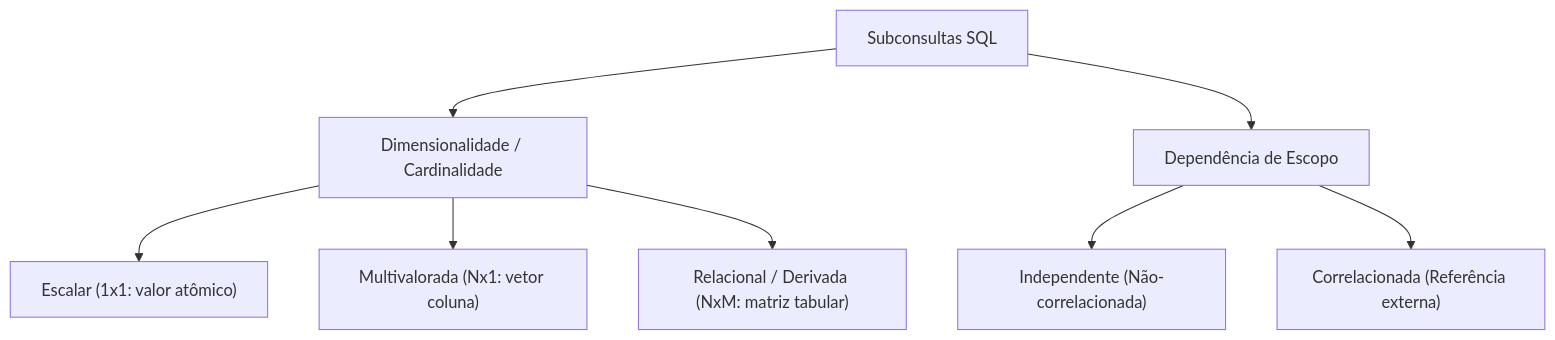
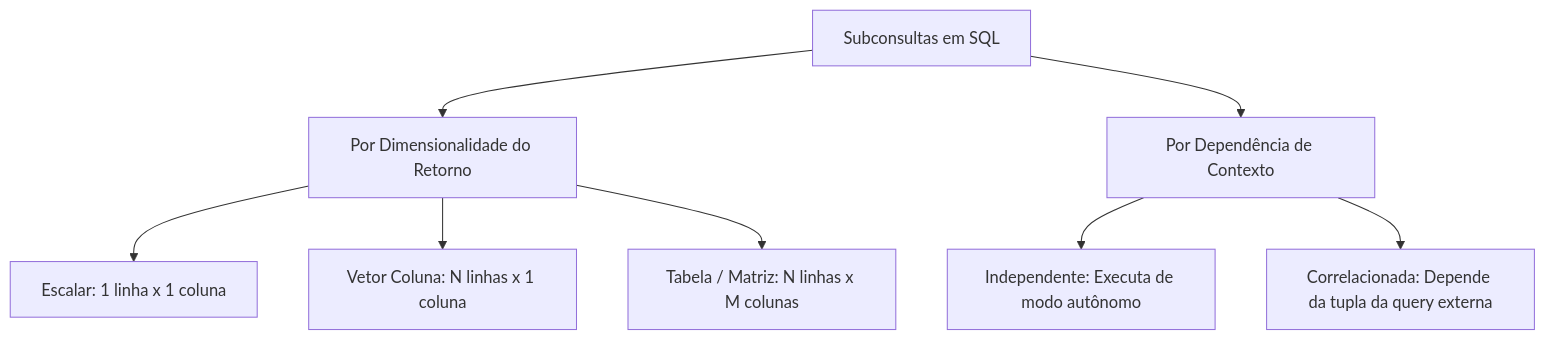
The eighth of 15 diagrams in 4º Semestre/[Prof. Welington Garcia] Tópicos Avançados em Banco de Dados/Resumos-IA/Simulados-Comentados.md (murilolol/unifef), drawn with Mermaid before and after one commit. The commit also changed other lines of this file and 18 other files, not shown here.

````diff
--- a/4º Semestre/[Prof. Welington Garcia] Tópicos Avançados em Banco de Dados/Resumos-IA/Simulados-Comentados.md
+++ b/4º Semestre/[Prof. Welington Garcia] Tópicos Avançados em Banco de Dados/Resumos-IA/Simulados-Comentados.md
@@ -601,14 +487,13 @@
 ```mermaid
 flowchart TD
-    Sub["Subconsultas SQL"]
-    
-    Sub --> Card["Dimensionalidade / Cardinalidade"]
-    Sub --> Dep["Dependência de Escopo"]
-    
-    Card --> Escalar["Escalar (1x1: valor atômico)"]
-    Card --> Coluna["Multivalorada (Nx1: vetor coluna)"]
-    Card --> Tabela["Relacional / Derivada (NxM: matriz tabular)"]
-    
-    Dep --> Indep["Independente (Não-correlacionada)"]
-    Dep --> Correl["Correlacionada (Referência externa)"]
+  SQ["Subconsultas em SQL"]
+  
+  SQ --> Dim["Por Dimensionalidade do Retorno"]
+  Dim --> Esc["Escalar: 1 linha x 1 coluna"]
+  Dim --> Vet["Vetor Coluna: N linhas x 1 coluna"]
+  Dim --> Tab["Tabela / Matriz: N linhas x M colunas"]
+  
+  SQ --> Escopo["Por Dependência de Contexto"]
+  Escopo --> Ind["Independente: Executa de modo autônomo"]
+  Escopo --> Corr["Correlacionada: Depende da tupla da query externa"]
 ```
````
